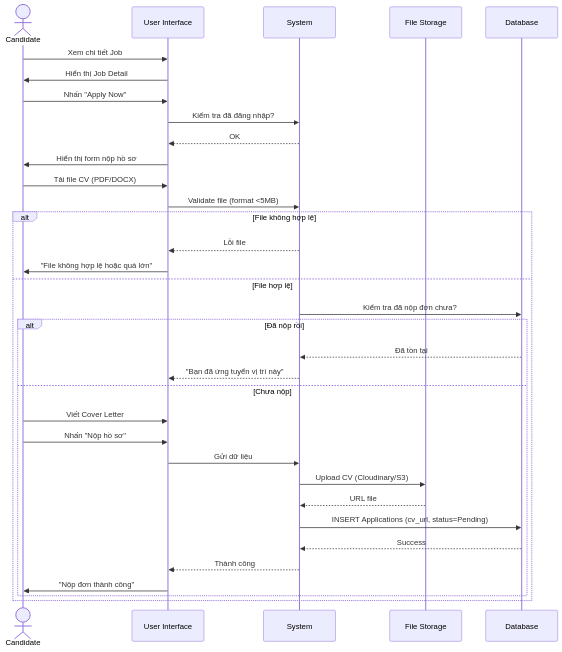
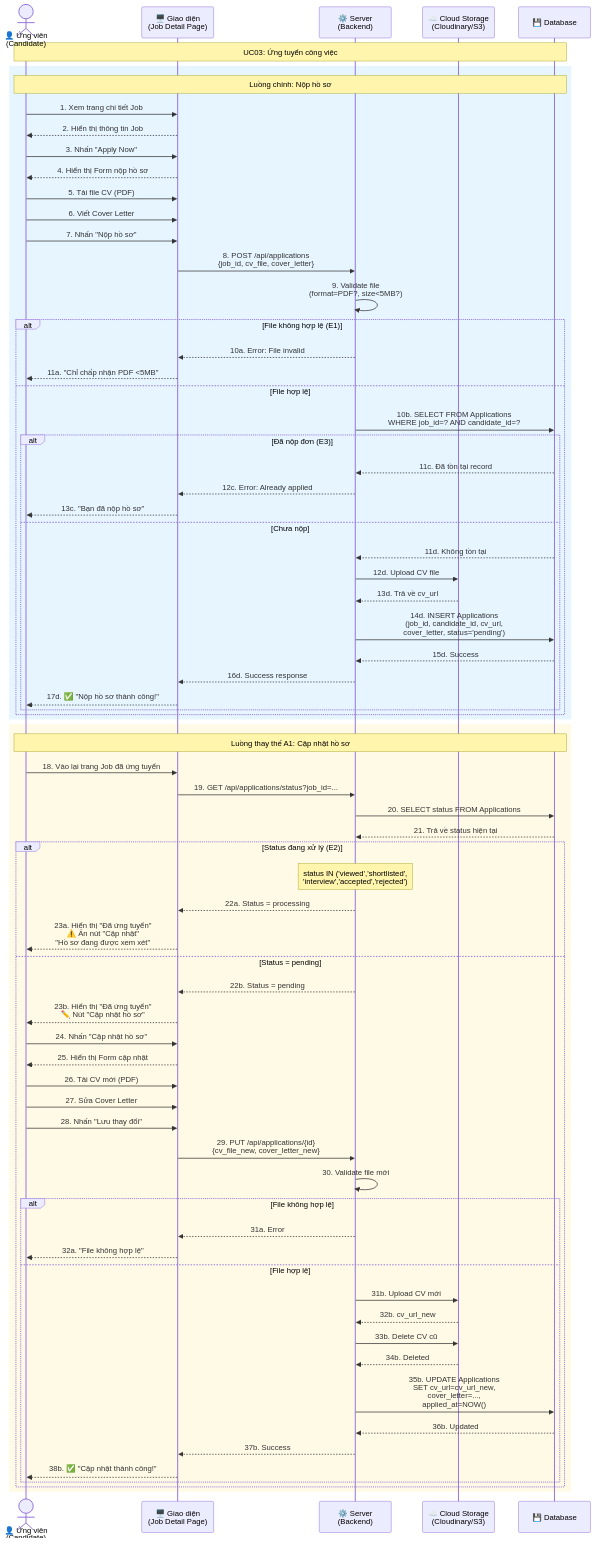
The diagram in mermaid_diagrams/UC03_ApplyJob.mmd (luulichma/WebsiteDevJobs), drawn with Mermaid before and after one commit. The commit also changed 16 other files, not shown here.

```diff
--- a/mermaid_diagrams/UC03_ApplyJob.mmd
+++ b/mermaid_diagrams/UC03_ApplyJob.mmd
@@ -1,38 +1,104 @@
 sequenceDiagram
-    actor C as Candidate
-    participant UI as User Interface
-    participant S as System
-    participant FS as File Storage
-    participant DB as Database
-    
-    C->>UI: Xem chi tiết Job
-    UI->>C: Hiển thị Job Detail
-    C->>UI: Nhấn "Apply Now"
-    UI->>S: Kiểm tra đã đăng nhập?
-    S-->>UI: OK
-    UI->>C: Hiển thị form nộp hồ sơ
-    
-    C->>UI: Tải file CV (PDF/DOCX)
-    UI->>S: Validate file (format <5MB)
-    
-    alt File không hợp lệ
-        S-->>UI: Lỗi file
-        UI->>C: "File không hợp lệ hoặc quá lớn"
-    else File hợp lệ
-        S->>DB: Kiểm tra đã nộp đơn chưa?
+    actor Candidate as 👤 Ứng viên<br/>(Candidate)
+    participant UI as 🖥️ Giao diện<br/>(Job Detail Page)
+    participant Server as ⚙️ Server<br/>(Backend)
+    participant Storage as ☁️ Cloud Storage<br/>(Cloudinary/S3)
+    participant DB as 💾 Database
+
+    Note over Candidate,DB: UC03: Ứng tuyển công việc
+
+    %% Main Flow: Apply Job
+    rect rgb(230, 245, 255)
+        Note over Candidate,DB: Luồng chính: Nộp hồ sơ
+        Candidate->>UI: 1. Xem trang chi tiết Job
+        UI-->>Candidate: 2. Hiển thị thông tin Job
+        Candidate->>UI: 3. Nhấn "Apply Now"
+        UI-->>Candidate: 4. Hiển thị Form nộp hồ sơ
         
-        alt Đã nộp rồi
-            DB-->>S: Đã tồn tại
-            S-->>UI: "Bạn đã ứng tuyển vị trí này"
-        else Chưa nộp
-            C->>UI: Viết Cover Letter
-            C->>UI: Nhấn "Nộp hồ sơ"
-            UI->>S: Gửi dữ liệu
-            S->>FS: Upload CV (Cloudinary/S3)
-            FS-->>S: URL file
-            S->>DB: INSERT Applications (cv_url, status=Pending)
-            DB-->>S: Success
-            S-->>UI: Thành công
-            UI->>C: "Nộp đơn thành công"
+        Candidate->>UI: 5. Tải file CV (PDF)
+        Candidate->>UI: 6. Viết Cover Letter
+        Candidate->>UI: 7. Nhấn "Nộp hồ sơ"
+        
+        UI->>Server: 8. POST /api/applications<br/>{job_id, cv_file, cover_letter}
+        
+        %% File validation
+        Server->>Server: 9. Validate file<br/>(format=PDF?, size<5MB?)
+        
+        alt File không hợp lệ (E1)
+            Server-->>UI: 10a. Error: File invalid
+            UI-->>Candidate: 11a. "Chỉ chấp nhận PDF <5MB"
+        else File hợp lệ
+            %% Check duplicate
+            Server->>DB: 10b. SELECT FROM Applications<br/>WHERE job_id=? AND candidate_id=?
+            
+            alt Đã nộp đơn (E3)
+                DB-->>Server: 11c. Đã tồn tại record
+                Server-->>UI: 12c. Error: Already applied
+                UI-->>Candidate: 13c. "Bạn đã nộp hồ sơ"
+            else Chưa nộp
+                DB-->>Server: 11d. Không tồn tại
+                
+                %% Upload to cloud
+                Server->>Storage: 12d. Upload CV file
+                Storage-->>Server: 13d. Trả về cv_url
+                
+                %% Save to DB
+                Server->>DB: 14d. INSERT Applications<br/>(job_id, candidate_id, cv_url,<br/>cover_letter, status='pending')
+                DB-->>Server: 15d. Success
+                
+                Server-->>UI: 16d. Success response
+                UI-->>Candidate: 17d. ✅ "Nộp hồ sơ thành công!"
+            end
         end
     end
+
+    %% Alternative Flow: Update Application
+    rect rgb(255, 250, 230)
+        Note over Candidate,DB: Luồng thay thế A1: Cập nhật hồ sơ
+        
+        Candidate->>UI: 18. Vào lại trang Job đã ứng tuyển
+        UI->>Server: 19. GET /api/applications/status?job_id=...
+        Server->>DB: 20. SELECT status FROM Applications
+        DB-->>Server: 21. Trả về status hiện tại
+        
+        alt Status đang xử lý (E2)
+            Note over Server: status IN ('viewed','shortlisted',<br/>'interview','accepted','rejected')
+            Server-->>UI: 22a. Status = processing
+            UI-->>Candidate: 23a. Hiển thị "Đã ứng tuyển"<br/>⚠️ Ẩn nút "Cập nhật"<br/>"Hồ sơ đang được xem xét"
+        else Status = pending
+            Server-->>UI: 22b. Status = pending
+            UI-->>Candidate: 23b. Hiển thị "Đã ứng tuyển"<br/>✏️ Nút "Cập nhật hồ sơ"
+            
+            Candidate->>UI: 24. Nhấn "Cập nhật hồ sơ"
+            UI-->>Candidate: 25. Hiển thị Form cập nhật
+            
+            Candidate->>UI: 26. Tải CV mới (PDF)
+            Candidate->>UI: 27. Sửa Cover Letter
+            Candidate->>UI: 28. Nhấn "Lưu thay đổi"
+            
+            UI->>Server: 29. PUT /api/applications/{id}<br/>{cv_file_new, cover_letter_new}
+            
+            %% Validate new file
+            Server->>Server: 30. Validate file mới
+            
+            alt File không hợp lệ
+                Server-->>UI: 31a. Error
+                UI-->>Candidate: 32a. "File không hợp lệ"
+            else File hợp lệ
+                %% Upload new CV
+                Server->>Storage: 31b. Upload CV mới
+                Storage-->>Server: 32b. cv_url_new
+                
+                %% Delete old CV
+                Server->>Storage: 33b. Delete CV cũ
+                Storage-->>Server: 34b. Deleted
+                
+                %% Update DB
+                Server->>DB: 35b. UPDATE Applications<br/>SET cv_url=cv_url_new,<br/>cover_letter=...,<br/>applied_at=NOW()
+                DB-->>Server: 36b. Updated
+                
+                Server-->>UI: 37b. Success
+                UI-->>Candidate: 38b. ✅ "Cập nhật thành công!"
+            end
+        end
+    end
```
